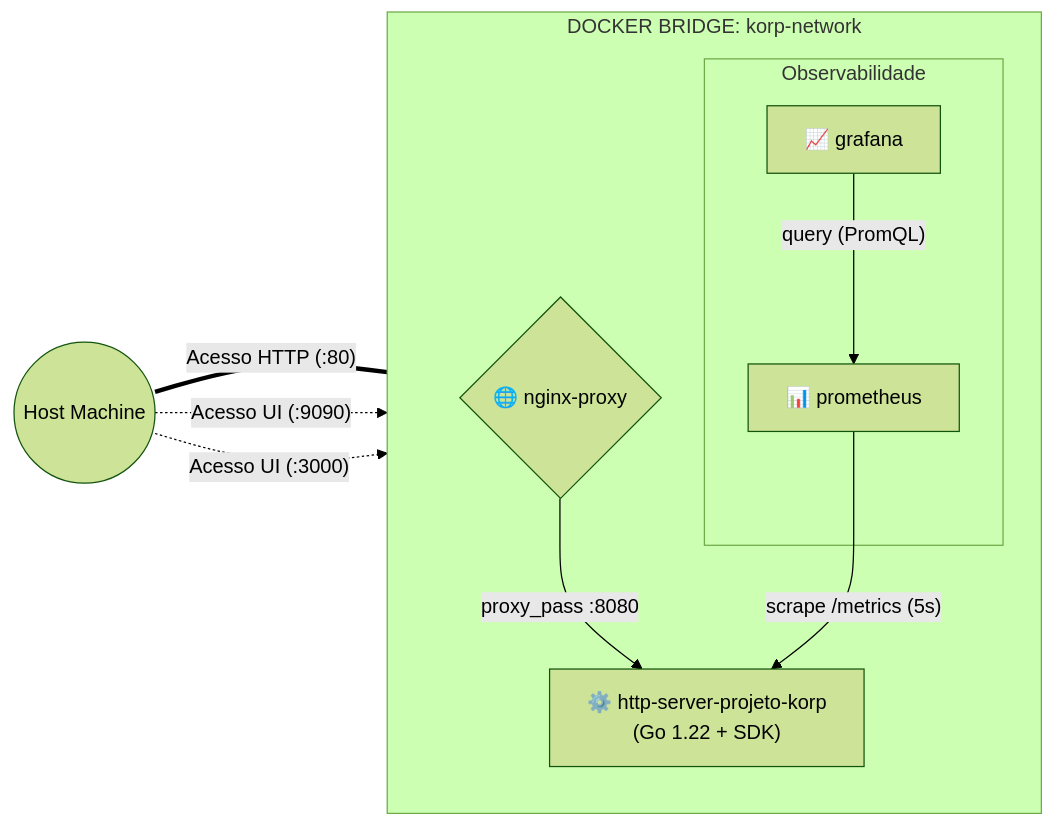
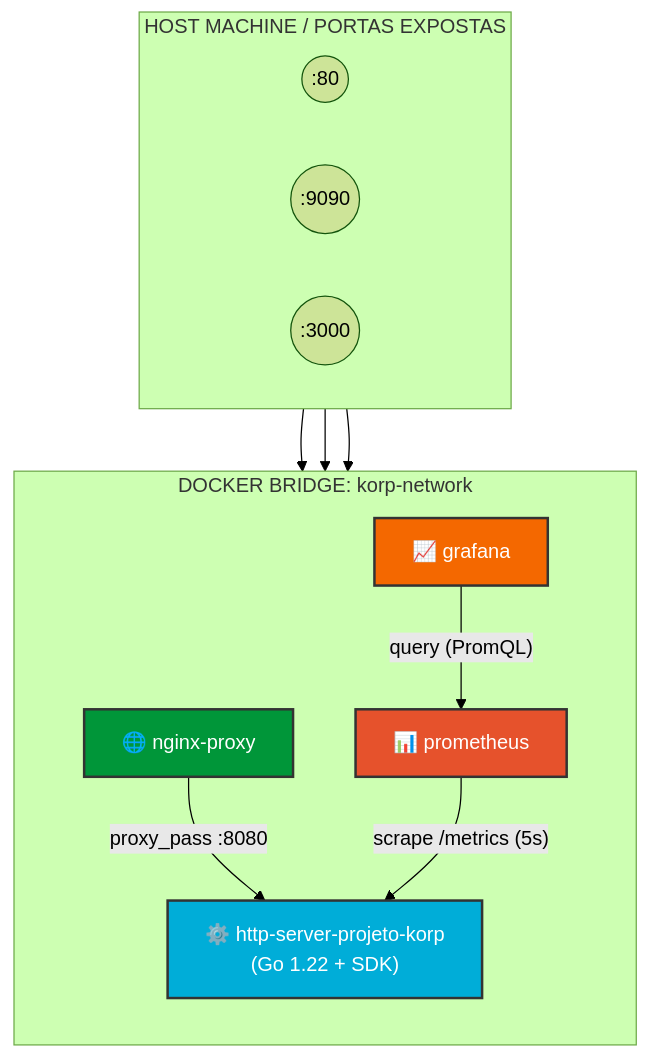
One commit to devjanBarbosa/desafio-devops-korp changed the diagram in README.md. Above: the diagram before and after it, drawn with Mermaid (forest theme).

````diff
--- a/README.md
+++ b/README.md
@@ -9,32 +9,33 @@
 ```mermaid
-flowchart LR
-    %% Entidade Externa
-    Client((Host Machine))
-
-    %% Malha de Rede
-    subgraph Docker [DOCKER BRIDGE: korp-network]
-        direction TB
-        
-        %% Componentes Principais
-        Nginx{"🌐 nginx-proxy"}
-        API["⚙️ http-server-projeto-korp\n(Go 1.22 + SDK)"]
-        
-        %% Agrupamento de Monitoramento
-        subgraph SRE [Observabilidade]
-            Prom["📊 prometheus"]
-            Grafana["📈 grafana"]
-        end
+flowchart TD
+    subgraph Host [HOST MACHINE / PORTAS EXPOSTAS]
+        direction LR
+        P80((:80))
+        P9090((:9090))
+        P3000((:3000))
     end
 
-    %% Fluxo de Tráfego de Negócio
-    Client == "Acesso HTTP (:80)" === Nginx
-    Nginx -- "proxy_pass :8080" --> API
+    subgraph Network [DOCKER BRIDGE: korp-network]
+        direction TB
+        Nginx["🌐 nginx-proxy"]
+        Prom["📊 prometheus"]
+        Grafana["📈 grafana"]
+        API["⚙️ http-server-projeto-korp\n(Go 1.22 + SDK)"]
+    end
 
-    %% Fluxo de Telemetria
-    Prom -- "scrape /metrics (5s)" --> API
-    Grafana -- "query (PromQL)" --> Prom
+    %% Entradas do Host
+    P80 --> Nginx
+    P9090 --> Prom
+    P3000 --> Grafana
 
-    %% Acesso aos Dashboards/Painéis
-    Client -. "Acesso UI (:9090)" .-> Prom
-    Client -. "Acesso UI (:3000)" .-> Grafana
+    %% Comunicação Interna
+    Nginx -- proxy_pass :8080 --> API
+    Prom -- scrape /metrics (5s) --> API
+    Grafana -- query (PromQL) --> Prom
+
+    %% Estilos
+    style API fill:#00ADD8,stroke:#333,stroke-width:2px,color:#fff
+    style Nginx fill:#009639,stroke:#333,stroke-width:2px,color:#fff
+    style Prom fill:#E6522C,stroke:#333,stroke-width:2px,color:#fff
+    style Grafana fill:#F46800,stroke:#333,stroke-width:2px,color:#fff
 ```
````
